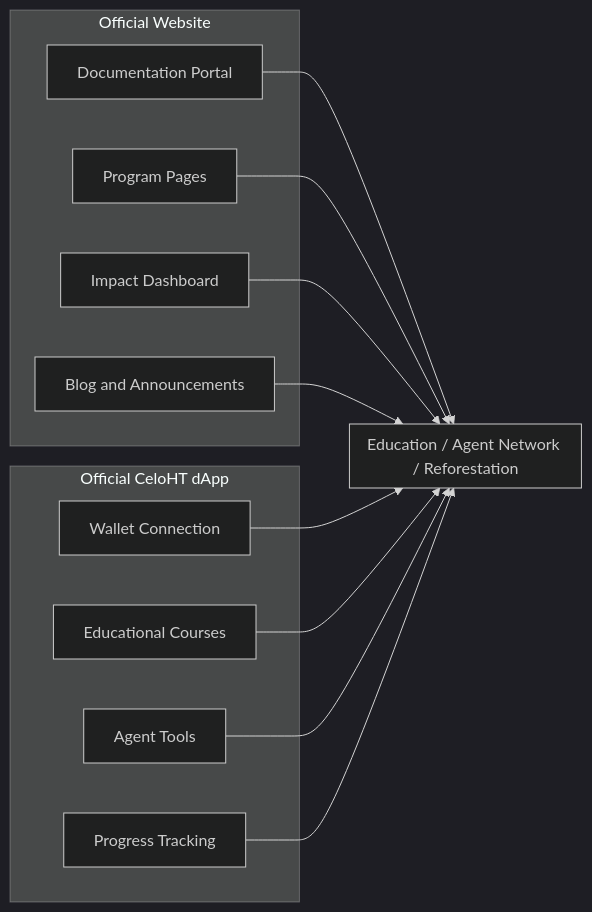
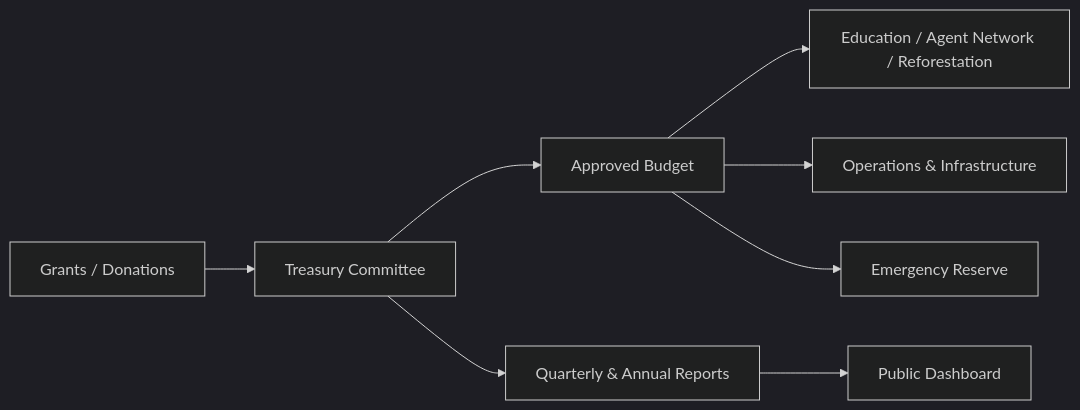
Diagram 13 of 21 in WHITEPAPER.md (Celo-HaiTi/CeloHT), drawn with Mermaid (dark theme) before and after one commit. The commit also changed other lines of this file, not shown here.

````diff
--- a/WHITEPAPER.md
+++ b/WHITEPAPER.md
@@ -499,28 +727,10 @@
 ```mermaid
 flowchart LR
-    subgraph Public["Official Website"]
-        A[Documentation Portal]
-        B[Program Pages]
-        C[Impact Dashboard]
-        D[Blog and Announcements]
-    end
-
-    subgraph Operational["Official CeloHT dApp"]
-        E[Wallet Connection]
-        F[Educational Courses]
-        G[Agent Tools]
-        H[Progress Tracking]
-    end
-
-    A --> Pillars
-    B --> Pillars
-    C --> Pillars
-    D --> Pillars
-    E --> Pillars
-    F --> Pillars
-    G --> Pillars
-    H --> Pillars
-
-    subgraph Pillars["Education / Agent Network / Reforestation"]
-    end
+    Income[Grants / Donations] --> TC[Treasury Committee]
+    TC --> Budget[Approved Budget]
+    Budget --> Programs[Education / Agent Network / Reforestation]
+    Budget --> Ops[Operations & Infrastructure]
+    Budget --> Reserve[Emergency Reserve]
+    TC --> Reports[Quarterly & Annual Reports]
+    Reports --> Dashboard[Public Dashboard]
 ```
````
